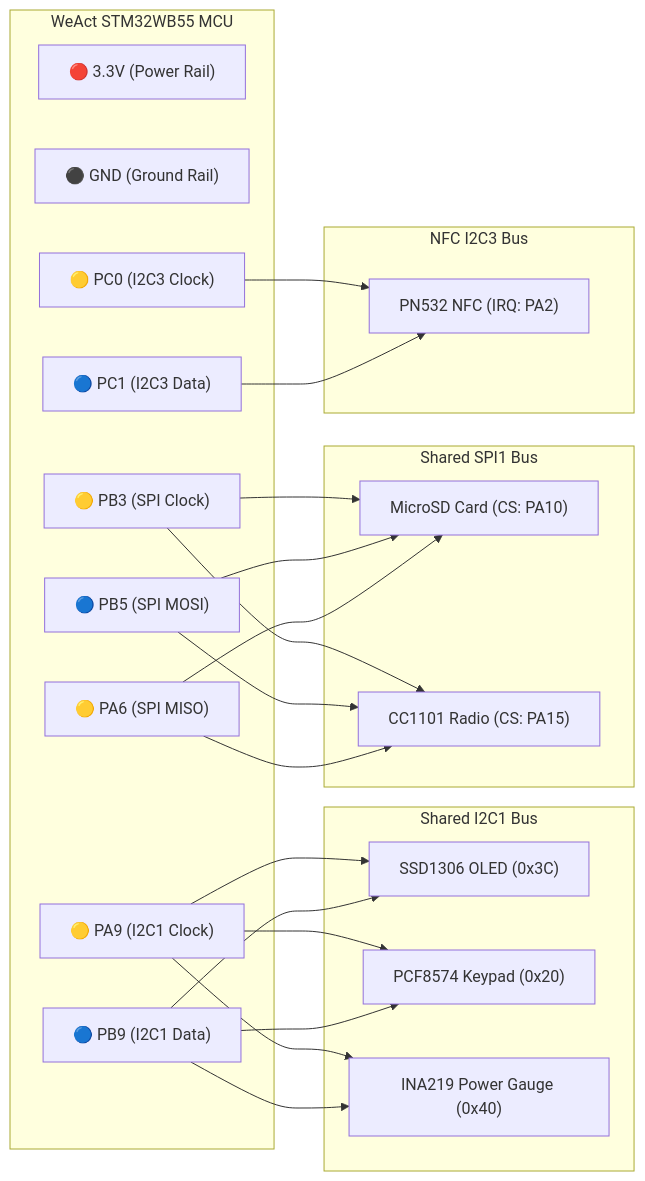
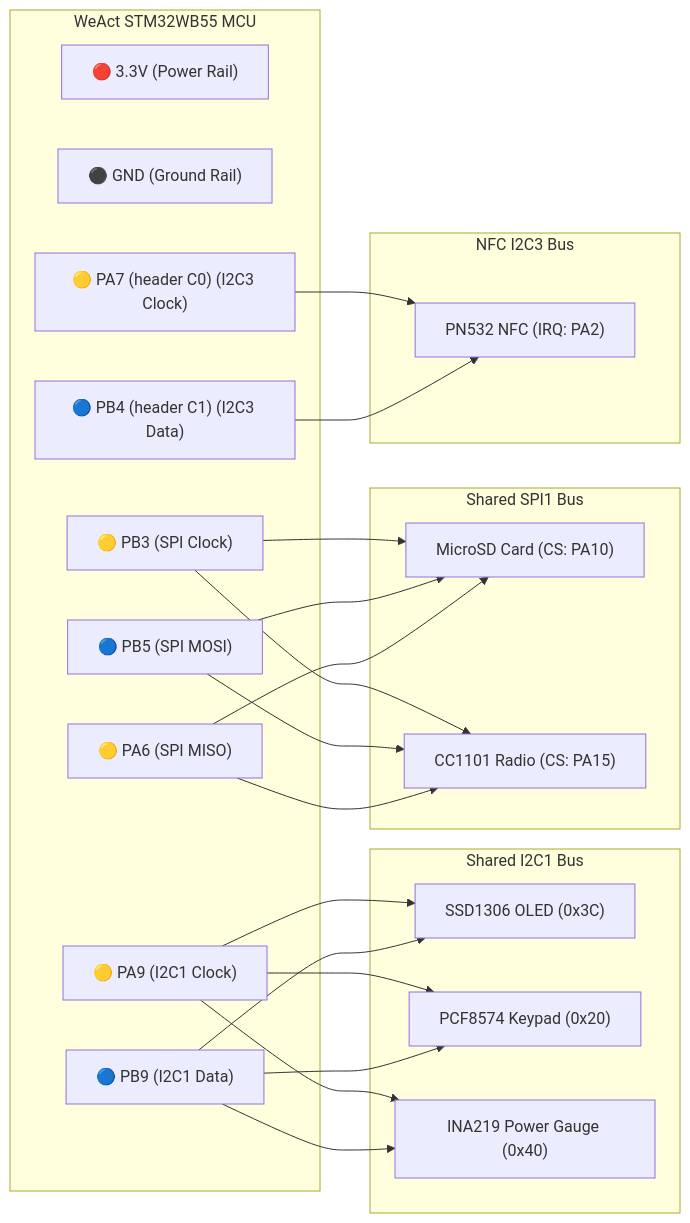
The second of 7 diagrams in ReadMe.md (AJ60/Flipper_OLED_PCF8574_PN532), drawn with Mermaid before and after one commit. The commit also changed other lines of this file and 10 other files, not shown here.

````diff
--- a/ReadMe.md
+++ b/ReadMe.md
@@ -85,47 +85,47 @@
 ```mermaid
 graph LR
     subgraph MCU_Pins [WeAct STM32WB55 MCU]
         PWR["🔴 3.3V (Power Rail)"]
         GND["⚫ GND (Ground Rail)"]
         I2C1_SCL["🟡 PA9 (I2C1 Clock)"]
         I2C1_SDA["🔵 PB9 (I2C1 Data)"]
-        I2C3_SCL["🟡 PC0 (I2C3 Clock)"]
-        I2C3_SDA["🔵 PC1 (I2C3 Data)"]
+        I2C3_SCL["🟡 PA7 (header C0) (I2C3 Clock)"]
+        I2C3_SDA["🔵 PB4 (header C1) (I2C3 Data)"]
         SPI_SCK["🟡 PB3 (SPI Clock)"]
         SPI_MOSI["🔵 PB5 (SPI MOSI)"]
         SPI_MISO["🟡 PA6 (SPI MISO)"]
     end
 
     subgraph I2C_Bus [Shared I2C1 Bus]
         OLED_MOD["SSD1306 OLED (0x3C)"]
         PCF_MOD["PCF8574 Keypad (0x20)"]
         INA_MOD["INA219 Power Gauge (0x40)"]
     end
 
     subgraph SPI_Bus [Shared SPI1 Bus]
         SD_MOD["MicroSD Card (CS: PA10)"]
         CC_MOD["CC1101 Radio (CS: PA15)"]
     end
 
     subgraph NFC_Bus [NFC I2C3 Bus]
         PN_MOD["PN532 NFC (IRQ: PA2)"]
     end
 
     I2C1_SCL --> OLED_MOD
     I2C1_SCL --> PCF_MOD
     I2C1_SCL --> INA_MOD
 
     I2C1_SDA --> OLED_MOD
     I2C1_SDA --> PCF_MOD
     I2C1_SDA --> INA_MOD
 
     SPI_SCK --> SD_MOD
     SPI_SCK --> CC_MOD
     SPI_MOSI --> SD_MOD
     SPI_MOSI --> CC_MOD
     SPI_MISO --> SD_MOD
     SPI_MISO --> CC_MOD
 
     I2C3_SCL --> PN_MOD
     I2C3_SDA --> PN_MOD
 ```
````
